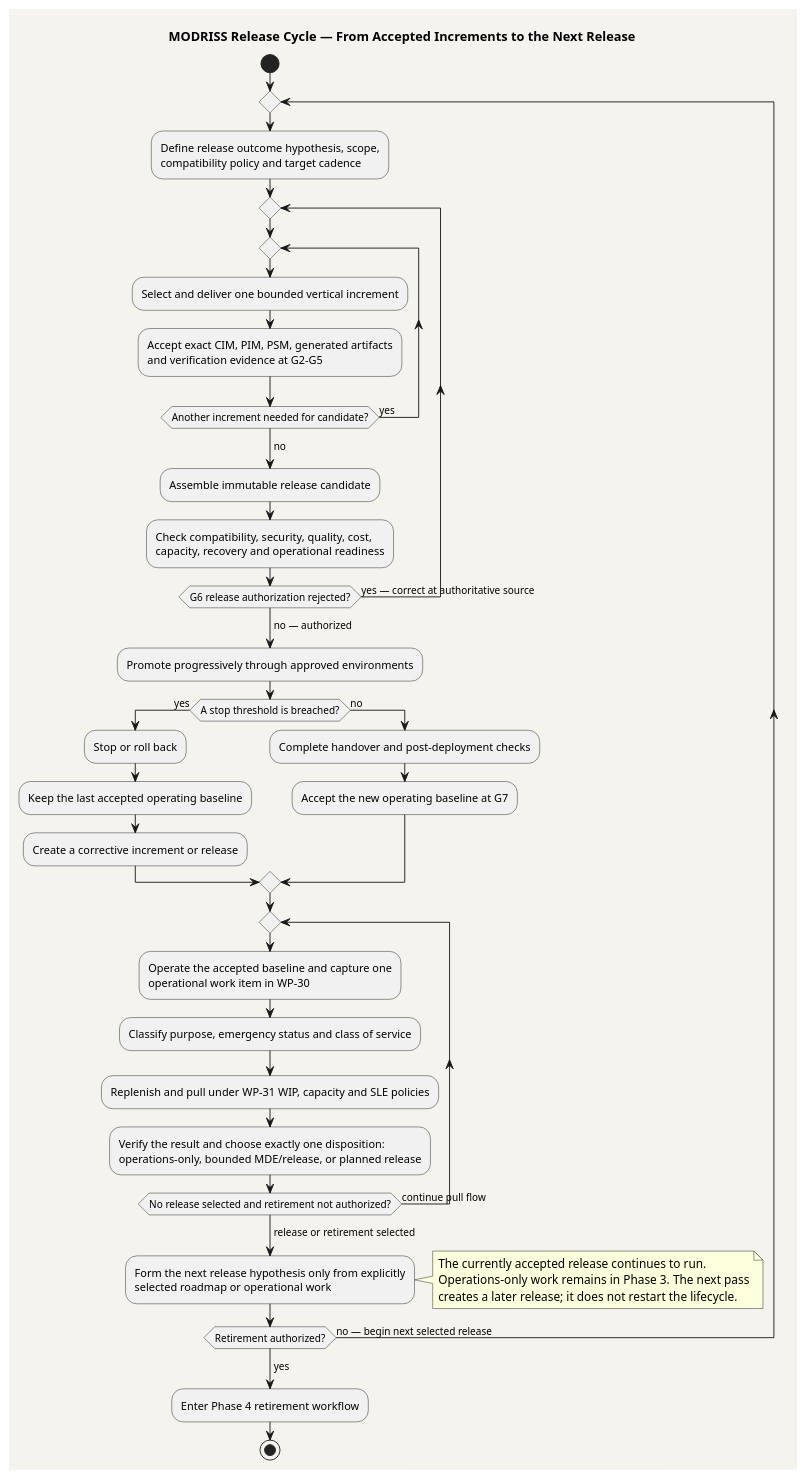
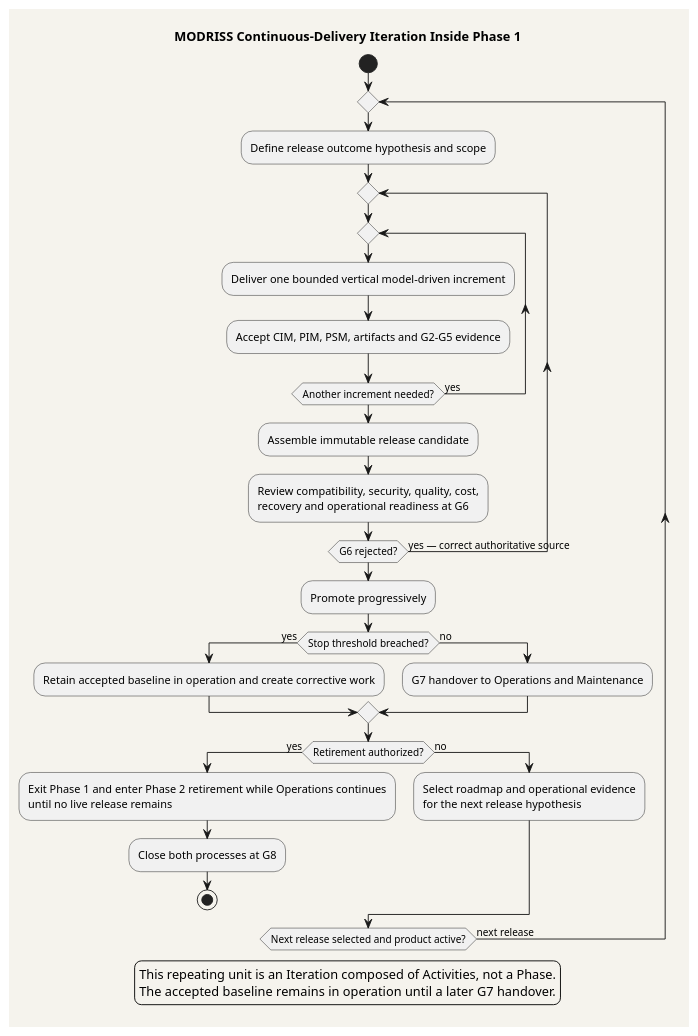
Before and after one commit to mehdieidi/modriss: the diagram in mde/process/engineered-method/spem/release-cycle.puml, drawn with PlantUML. The commit also changed 64 other files, not shown here.

```diff
--- a/mde/process/engineered-method/spem/release-cycle.puml
+++ b/mde/process/engineered-method/spem/release-cycle.puml
@@ -1,51 +1,35 @@
 @startuml
-title MODRISS Release Cycle — From Accepted Increments to the Next Release
-
+title MODRISS Continuous-Delivery Iteration Inside Phase 1
 skinparam backgroundColor #F5F3ED
 skinparam shadowing false
-
 start
 repeat
-  :Define release outcome hypothesis, scope,\ncompatibility policy and target cadence;
+  :Define release outcome hypothesis and scope;
+  repeat
+  repeat
+    :Deliver one bounded vertical model-driven increment;
+    :Accept CIM, PIM, PSM, artifacts and G2–G5 evidence;
+  repeat while (Another increment needed?) is (yes)
+  :Assemble immutable release candidate;
+  :Review compatibility, security, quality, cost,\nrecovery and operational readiness at G6;
+repeat while (G6 rejected?) is (yes — correct authoritative source)
+:Promote progressively;
+if (Stop threshold breached?) then (yes)
+  :Retain accepted baseline in operation and create corrective work;
+else (no)
+  :G7 handover to Operations and Maintenance;
+endif
+if (Retirement authorized?) then (yes)
+  :Exit Phase 1 and enter Phase 2 retirement while Operations continues\nuntil no live release remains;
+  :Close both processes at G8;
+  stop
+else (no)
+  :Select roadmap and operational evidence\nfor the next release hypothesis;
+endif
+repeat while (Next release selected and product active?) is (next release)
 
-  repeat
-    repeat
-      :Select and deliver one bounded vertical increment;
-      :Accept exact CIM, PIM, PSM, generated artifacts\nand verification evidence at G2–G5;
-    repeat while (Another increment needed for candidate?) is (yes)
-    -> no;
-
-    :Assemble immutable release candidate;
-    :Check compatibility, security, quality, cost,\ncapacity, recovery and operational readiness;
-  repeat while (G6 release authorization rejected?) is (yes — correct at authoritative source)
-  -> no — authorized;
-
-  :Promote progressively through approved environments;
-  if (A stop threshold is breached?) then (yes)
-    :Stop or roll back;
-    :Keep the last accepted operating baseline;
-    :Create a corrective increment or release;
-  else (no)
-    :Complete handover and post-deployment checks;
-    :Accept the new operating baseline at G7;
-  endif
-
-  repeat
-    :Operate the accepted baseline and capture one\noperational work item in WP-30;
-    :Classify purpose, emergency status and class of service;
-    :Replenish and pull under WP-31 WIP, capacity and SLE policies;
-    :Verify the result and choose exactly one disposition:\noperations-only, bounded MDE/release, or planned release;
-  repeat while (No release selected and retirement not authorized?) is (continue pull flow)
-  -> release or retirement selected;
-  :Form the next release hypothesis only from explicitly\nselected roadmap or operational work;
-  note right
-    The currently accepted release continues to run.
-    Operations-only work remains in Phase 3. The next pass
-    creates a later release; it does not restart the lifecycle.
-  end note
-repeat while (Retirement authorized?) is (no — begin next selected release)
--> yes;
-
-:Enter Phase 4 retirement workflow;
-stop
+legend bottom
+  This repeating unit is an Iteration composed of Activities, not a Phase.
+  The accepted baseline remains in operation until a later G7 handover.
+endlegend
 @enduml
```
